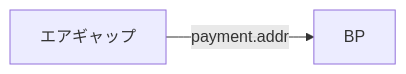
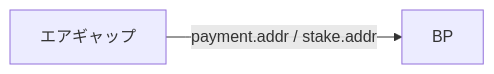
Before and after one commit to btbf/spojapanguild: the diagram in docs/setup/5-generate-address.md, drawn with Mermaid. The commit also changed other lines of this file and 2 other files, not shown here.

Commit message:
stake.addr add

````diff
--- a/docs/setup/5-generate-address.md
+++ b/docs/setup/5-generate-address.md
@@ -299,4 +299,4 @@
     ``` mermaid
     graph LR
-        A[エアギャップ] -->|payment.addr| B[BP];
+        A[エアギャップ] -->|payment.addr / stake.addr| B[BP];
     ```
````
